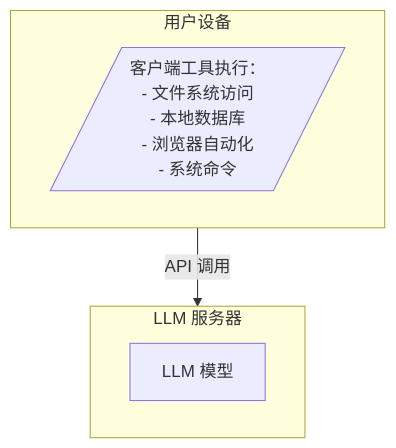
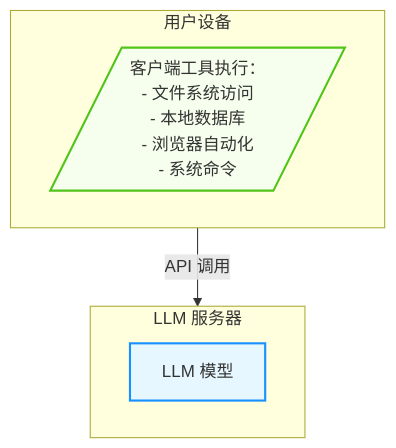
Before and after one commit to yeasy/agentic_ai_guide: the second of 5 diagrams in 04_tools/4.1_overview.md, drawn with Mermaid. The commit also changed other lines of this file and 36 other files, not shown here.

````diff
--- a/04_tools/4.1_overview.md
+++ b/04_tools/4.1_overview.md
@@ -254,12 +265,20 @@
 ```mermaid
 graph TD
+    %% Agentic Design System
+    classDef user fill:#fff7e6,stroke:#fa8c16,stroke-width:2px;
+    classDef agent fill:#e6f7ff,stroke:#1890ff,stroke-width:2px;
+    classDef tool fill:#f6ffed,stroke:#52c41a,stroke-width:2px;
+
     subgraph Client [用户设备]
         CTools[/"客户端工具执行：<br>- 文件系统访问<br>- 本地数据库<br>- 浏览器自动化<br>- 系统命令"/]
     end
     
     subgraph Server [LLM 服务器]
         LLM[LLM 模型]
     end
     
     Client -->|API 调用| Server
+    
+    class CTools tool;
+    class LLM agent;
 ```
````
